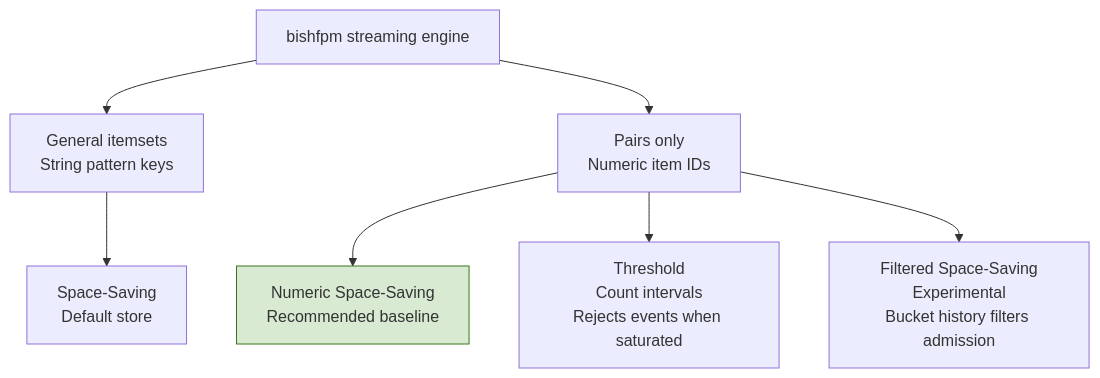
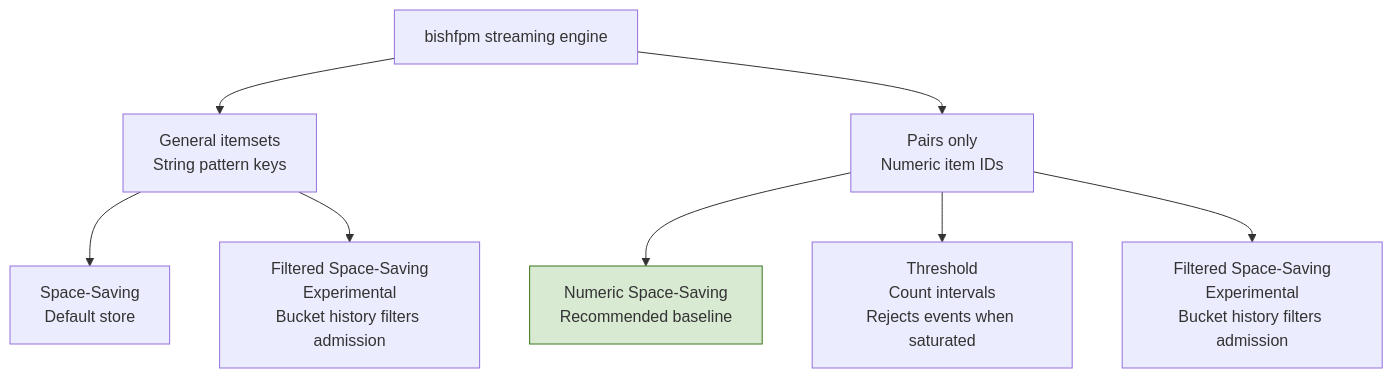
One commit to sleepybishop/bishfpm changed the diagram in README.md. Above: the diagram before and after it, drawn with Mermaid. The commit also changed other lines of this file and 26 other files, not shown here.

Commit message:
add general filtered space-saving, dynamic memory budgeting, and pressure diagnostics

````diff
--- a/README.md
+++ b/README.md
@@ -109,13 +113,14 @@
 ```mermaid
 flowchart TD
     A["bishfpm streaming engine"] --> G["General itemsets<br/>String pattern keys"]
     A --> P["Pairs only<br/>Numeric item IDs"]
 
     G --> SS["Space-Saving<br/>Default store"]
+    G --> GFSS["Filtered Space-Saving<br/>Experimental<br/>Bucket history filters admission"]
 
     P --> NSS["Numeric Space-Saving<br/>Recommended baseline"]
     P --> TH["Threshold<br/>Count intervals<br/>Rejects events when saturated"]
     P --> FSS["Filtered Space-Saving<br/>Experimental<br/>Bucket history filters admission"]
 
     style NSS fill:#d9ead3,stroke:#38761d
 ```
````
